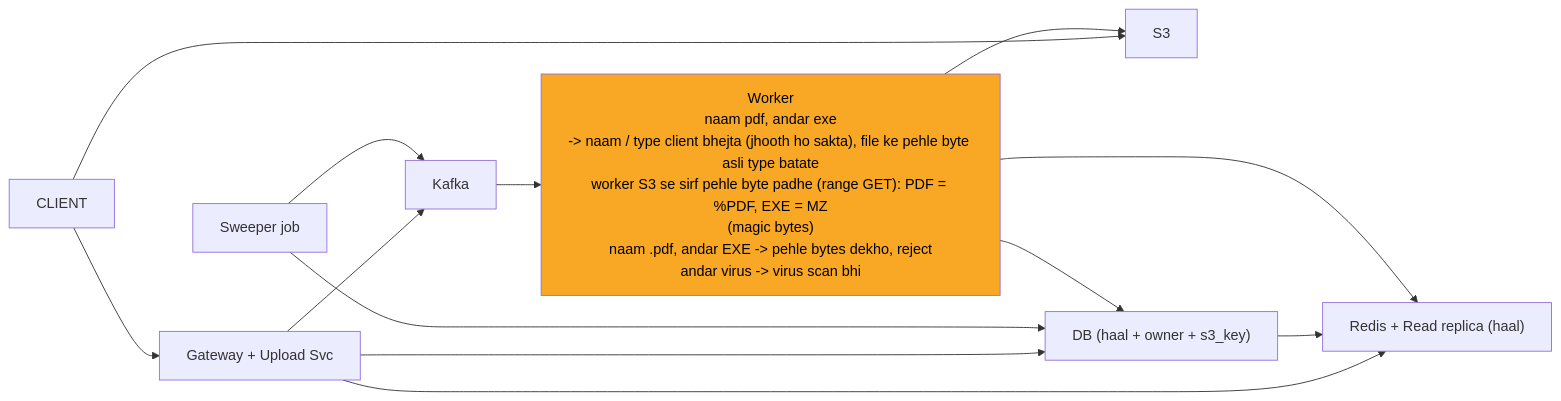
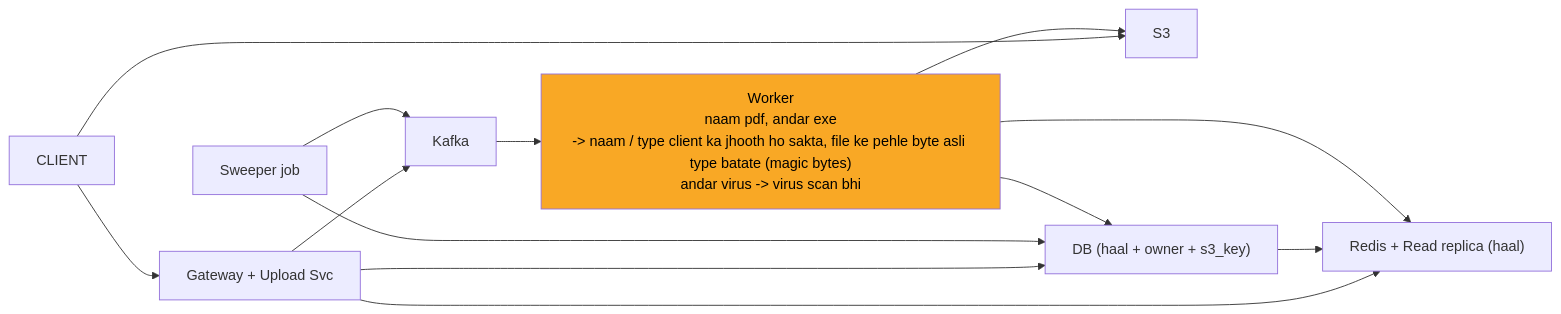
The diagram in 04_HLD/SYSTEM_DESIGNS/07_file_upload_validate_system/img/c9.mmd (ArpanMaheshwari144/Prep), drawn with Mermaid before and after one commit. The commit also changed 38 other files, not shown here.

```diff
--- a/04_HLD/SYSTEM_DESIGNS/07_file_upload_validate_system/img/c9.mmd
+++ b/04_HLD/SYSTEM_DESIGNS/07_file_upload_validate_system/img/c9.mmd
@@ -1,23 +1,23 @@
 %%{init: {"flowchart": {"wrappingWidth": 450}}}%%
 flowchart LR
     n_CLIENT["CLIENT"]
     n_S3["S3"]
     n_GU["Gateway + Upload Svc"]
     n_RC["Redis + Read replica (haal)"]
     n_DB["DB (haal + owner + s3_key)"]
     n_Sweeper_job["Sweeper job"]
     n_Kafka["Kafka"]
-    n_Worker["Worker<br/>naam pdf, andar exe<br/>-> naam / type client bhejta (jhooth ho sakta), file ke pehle byte asli type batate<br/>worker S3 se sirf pehle byte padhe (range GET): PDF = %PDF, EXE = MZ<br/>(magic bytes)<br/>naam .pdf, andar EXE -> pehle bytes dekho, reject<br/>andar virus -> virus scan bhi"]
+    n_Worker["Worker<br/>naam pdf, andar exe<br/>-> naam / type client ka jhooth ho sakta, file ke pehle byte asli type batate (magic bytes)<br/>andar virus -> virus scan bhi"]
     n_CLIENT --> n_S3
     n_CLIENT --> n_GU
     n_GU --> n_RC
     n_GU --> n_DB
     n_DB --> n_RC
     n_GU --> n_Kafka
     n_Sweeper_job --> n_DB
     n_Sweeper_job --> n_Kafka
     n_Kafka --> n_Worker
     n_Worker --> n_DB
     n_Worker --> n_RC
     n_Worker --> n_S3
     style n_Worker fill:#f9a825,color:#000
```
